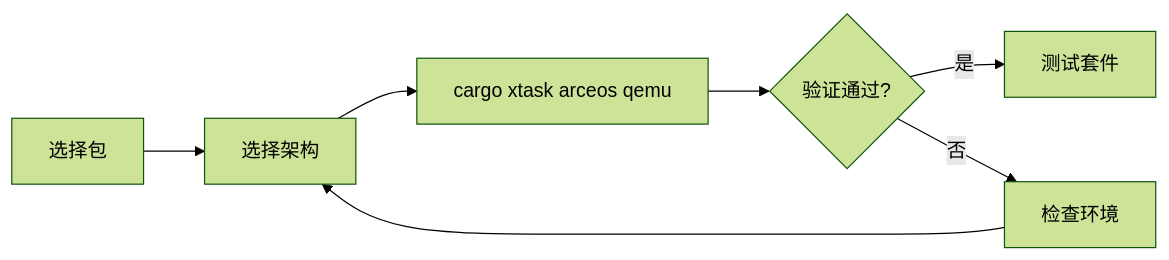
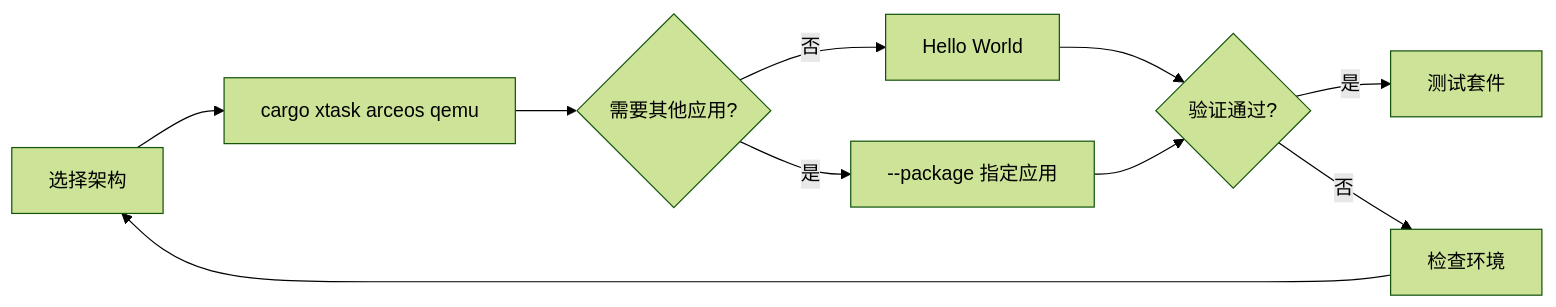
One commit to rcore-os/tgoskits changed the diagram in docs/docs/quickstart/arceos.md. Above: the diagram before and after it, drawn with Mermaid (forest theme). The commit also changed other lines of this file and 25 other files, not shown here.

````diff
--- a/docs/docs/quickstart/arceos.md
+++ b/docs/docs/quickstart/arceos.md
@@ -11,9 +11,12 @@
 ```mermaid
 flowchart LR
-  A[选择包] --> B[选择架构]
-  B --> C[cargo xtask arceos qemu]
-  C --> D{验证通过?}
-  D -- 是 --> E[测试套件]
-  D -- 否 --> F[检查环境]
-  F --> B
+  A[选择架构] --> B[cargo xtask arceos qemu]
+  B --> C{需要其他应用?}
+  C -- 否 --> D[Hello World]
+  C -- 是 --> E[--package 指定应用]
+  D --> F{验证通过?}
+  E --> F
+  F -- 是 --> G[测试套件]
+  F -- 否 --> H[检查环境]
+  H --> A
 ```
````
